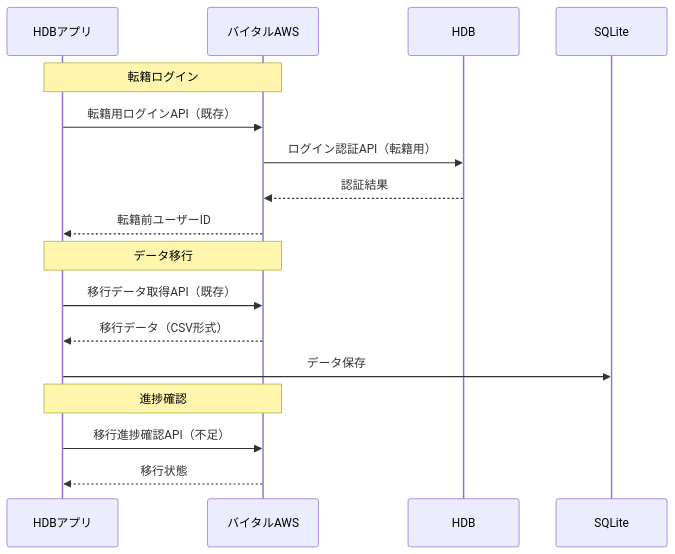
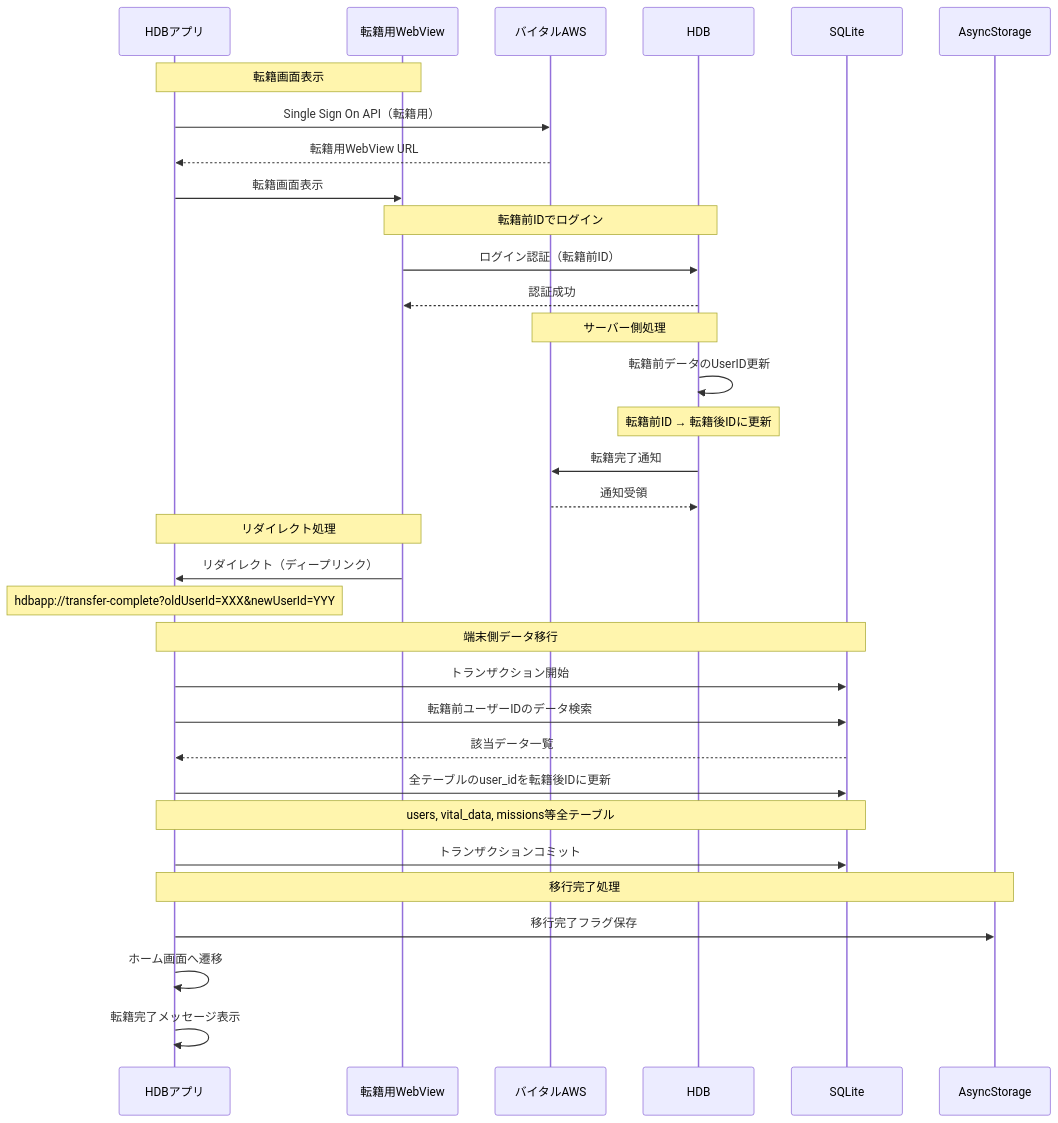
Diagram 12 of 13 in doc/QA/画面別API通信図.md (sasaibu/hdb), drawn with Mermaid before and after one commit. The commit also changed other lines of this file, not shown here.

````diff
--- a/doc/QA/画面別API通信図.md
+++ b/doc/QA/画面別API通信図.md
@@ -234,22 +245,41 @@
 ```mermaid
 sequenceDiagram
     participant App as HDBアプリ
+    participant WebView as 転籍用WebView
     participant AWS as バイタルAWS
     participant HDB as HDB
     participant DB as SQLite
+    participant Storage as AsyncStorage
     
-    Note over App,AWS: 転籍ログイン
-    App->>AWS: 転籍用ログインAPI（既存）
-    AWS->>HDB: ログイン認証API（転籍用）
-    HDB-->>AWS: 認証結果
-    AWS-->>App: 転籍前ユーザーID
+    Note over App,WebView: 転籍画面表示
+    App->>AWS: Single Sign On API（転籍用）
+    AWS-->>App: 転籍用WebView URL
+    App->>WebView: 転籍画面表示
     
-    Note over App,AWS: データ移行
-    App->>AWS: 移行データ取得API（既存）
-    AWS-->>App: 移行データ（CSV形式）
-    App->>DB: データ保存
+    Note over WebView,HDB: 転籍前IDでログイン
+    WebView->>HDB: ログイン認証（転籍前ID）
+    HDB-->>WebView: 認証成功
     
-    Note over App,AWS: 進捗確認
-    App->>AWS: 移行進捗確認API（不足）
-    AWS-->>App: 移行状態
+    Note over HDB,AWS: サーバー側処理
+    HDB->>HDB: 転籍前データのUserID更新
+    Note over HDB: 転籍前ID → 転籍後IDに更新
+    HDB->>AWS: 転籍完了通知
+    AWS-->>HDB: 通知受領
+    
+    Note over WebView,App: リダイレクト処理
+    WebView->>App: リダイレクト（ディープリンク）
+    Note over App: hdbapp://transfer-complete?oldUserId=XXX&newUserId=YYY
+    
+    Note over App,DB: 端末側データ移行
+    App->>DB: トランザクション開始
+    App->>DB: 転籍前ユーザーIDのデータ検索
+    DB-->>App: 該当データ一覧
+    App->>DB: 全テーブルのuser_idを転籍後IDに更新
+    Note over App,DB: users, vital_data, missions等全テーブル
+    App->>DB: トランザクションコミット
+    
+    Note over App,Storage: 移行完了処理
+    App->>Storage: 移行完了フラグ保存
+    App->>App: ホーム画面へ遷移
+    App->>App: 転籍完了メッセージ表示
 ```
````
